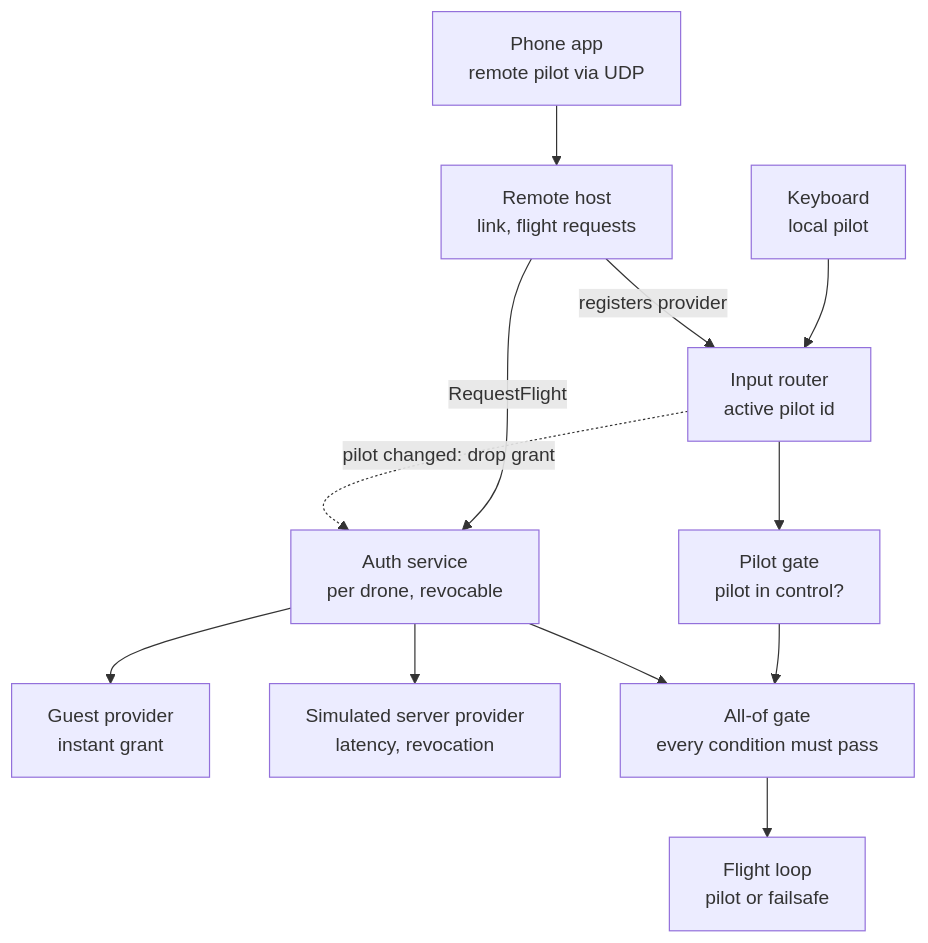
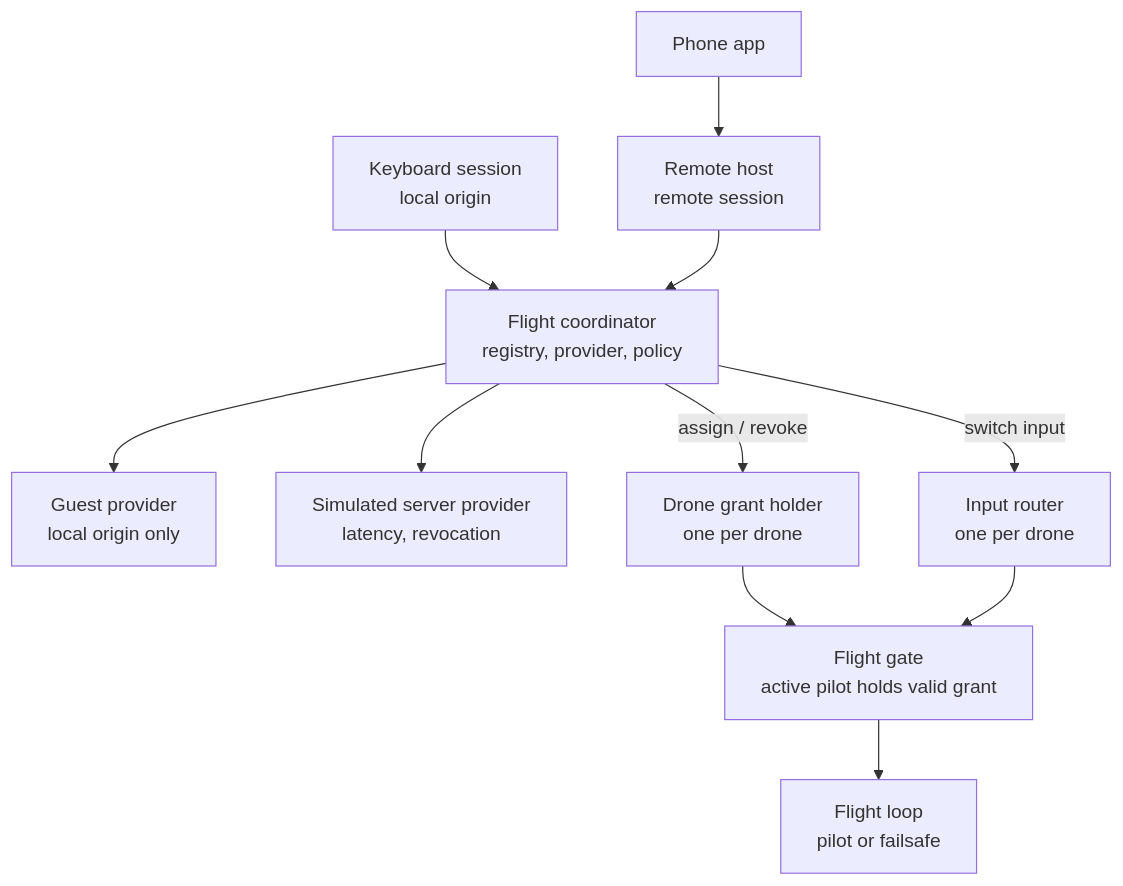
Before and after one commit to AlanKolic/DroneFlightModule: the fourth of 4 diagrams in Docs/Architecture.md, drawn with Mermaid. The commit also changed other lines of this file, not shown here.

Commit message:
Added pilot registry and flight coordinator to architecture

````diff
--- a/Docs/Architecture.md
+++ b/Docs/Architecture.md
@@ -150,14 +175,13 @@
 ```mermaid
 flowchart TB
-    Kb["Keyboard<br/>local pilot"] --> Router["Input router<br/>active pilot id"]
-    Phone["Phone app<br/>remote pilot via UDP"] --> Host["Remote host<br/>link, flight requests"]
-    Host -- registers provider --> Router
-    Host -- RequestFlight --> AuthSvc["Auth service<br/>per drone, revocable"]
-    Router --> PilotGate["Pilot gate<br/>pilot in control?"]
-    Router -. pilot changed: drop grant .-> AuthSvc
-    AuthSvc --> Guest["Guest provider<br/>instant grant"]
-    AuthSvc --> SimServer["Simulated server provider<br/>latency, revocation"]
-    PilotGate --> AllOf["All-of gate<br/>every condition must pass"]
-    AuthSvc --> AllOf
-    AllOf --> Loop["Flight loop<br/>pilot or failsafe"]
+    Kb["Keyboard session<br/>local origin"] --> Coord["Flight coordinator<br/>registry, provider, policy"]
+    Phone["Phone app"] --> Host["Remote host<br/>remote session"]
+    Host --> Coord
+    Coord --> Guest["Guest provider<br/>local origin only"]
+    Coord --> SimServer["Simulated server provider<br/>latency, revocation"]
+    Coord -- assign / revoke --> Holder["Drone grant holder<br/>one per drone"]
+    Coord -- switch input --> Router["Input router<br/>one per drone"]
+    Holder --> Gate["Flight gate<br/>active pilot holds valid grant"]
+    Router --> Gate
+    Gate --> Loop["Flight loop<br/>pilot or failsafe"]
 ```
````
